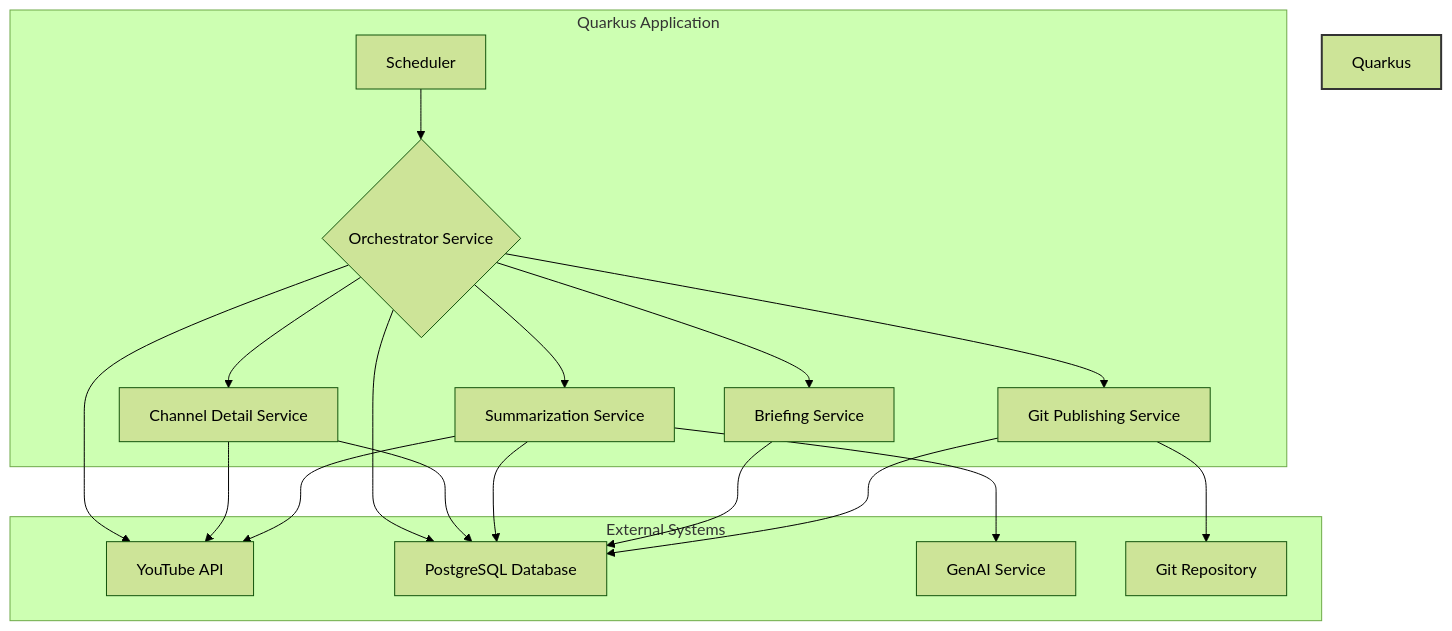
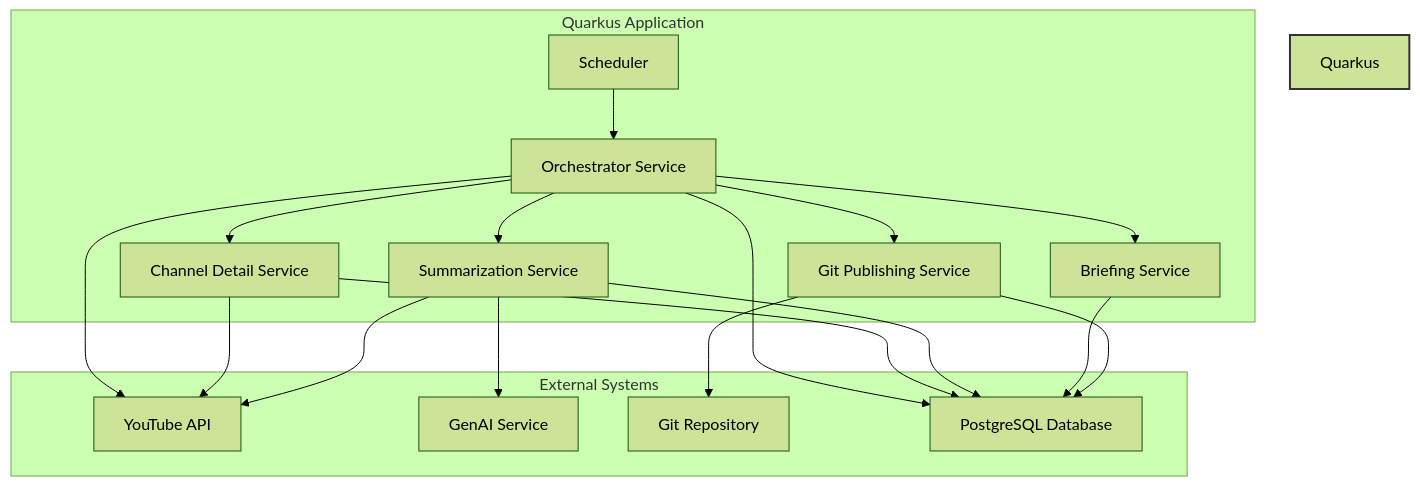
The diagram in docs/overview/architecture_overview.md (sjuresa/povzetkar), drawn with Mermaid (forest theme) before and after one commit. The commit also changed other lines of this file, not shown here.

Commit message:
docs: Clarify parallel summarization in architecture docs
POV-55

````diff
--- a/docs/overview/architecture_overview.md
+++ b/docs/overview/architecture_overview.md
@@ -17,31 +17,31 @@
 ```mermaid
 graph TD
     subgraph Quarkus Application
-        A[Scheduler] --> B{Orchestrator Service};
+        A[Scheduler] --> B[Orchestrator Service];
         B --> C[Channel Detail Service];
         B --> D[Summarization Service];
         B --> E[Briefing Service];
         B --> F[Git Publishing Service];
     end
 
     subgraph External Systems
         G[YouTube API]
-        H[PostgreSQL Database]
         I[GenAI Service]
         J[Git Repository]
+        H[PostgreSQL Database]
     end
 
     B --> G;
     C --> G;
     D --> G;
     D --> I;
     F --> J;
 
     B --> H;
     C --> H;
     D --> H;
     E --> H;
     F --> H;
 
     style Quarkus Application fill:#f9f,stroke:#333,stroke-width:2px
 ```
````
